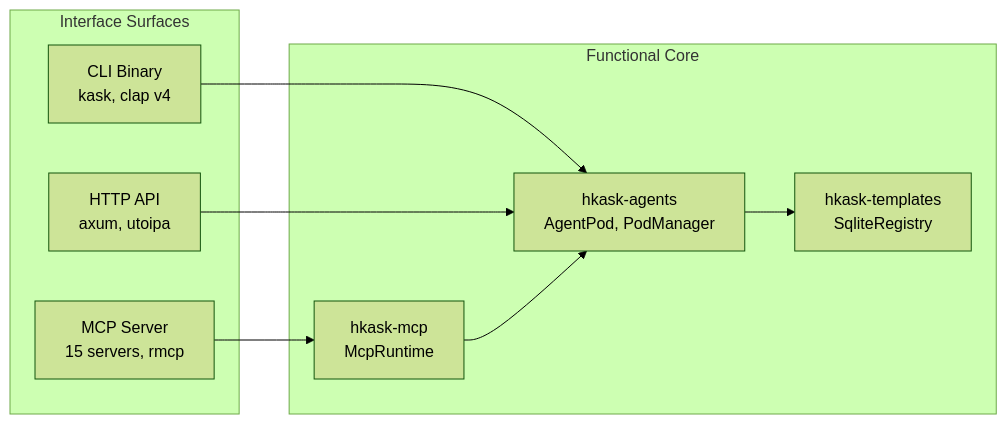
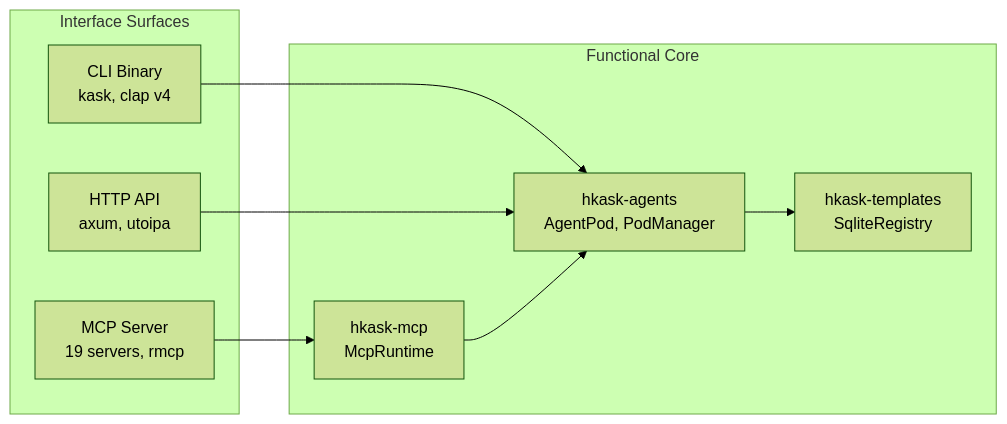
Before and after one commit to mdz-axo/hKask: the first of 2 diagrams in docs/architecture/interface-and-composition.md, drawn with Mermaid (forest theme). The commit also changed 15 other files, not shown here.

````diff
--- a/docs/architecture/interface-and-composition.md
+++ b/docs/architecture/interface-and-composition.md
@@ -25,20 +25,20 @@
 ```mermaid
 graph LR
     subgraph Surfaces["Interface Surfaces"]
-        MCP_S["MCP Server<br/>15 servers, rmcp"]
+        MCP_S["MCP Server<br/>19 servers, rmcp"]
         CLI_S["CLI Binary<br/>kask, clap v4"]
         API_S["HTTP API<br/>axum, utoipa"]
     end
 
     subgraph Core["Functional Core"]
         AGENTS["hkask-agents<br/>AgentPod, PodManager"]
         TEMPLATES["hkask-templates<br/>SqliteRegistry"]
         MCP_RT["hkask-mcp<br/>McpRuntime"]
     end
 
     MCP_S --> MCP_RT
     CLI_S --> AGENTS
     API_S --> AGENTS
     MCP_RT --> AGENTS
     AGENTS --> TEMPLATES
 ```
````
